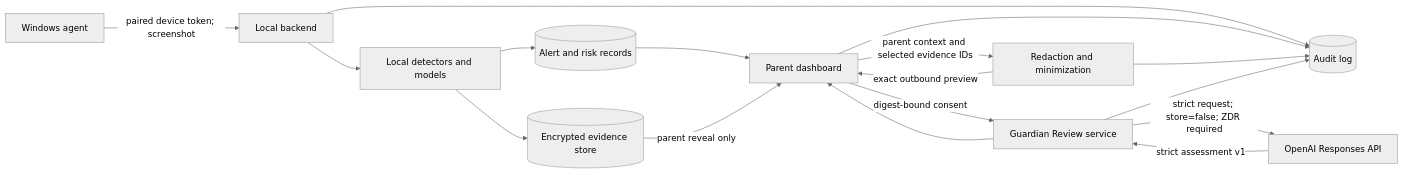
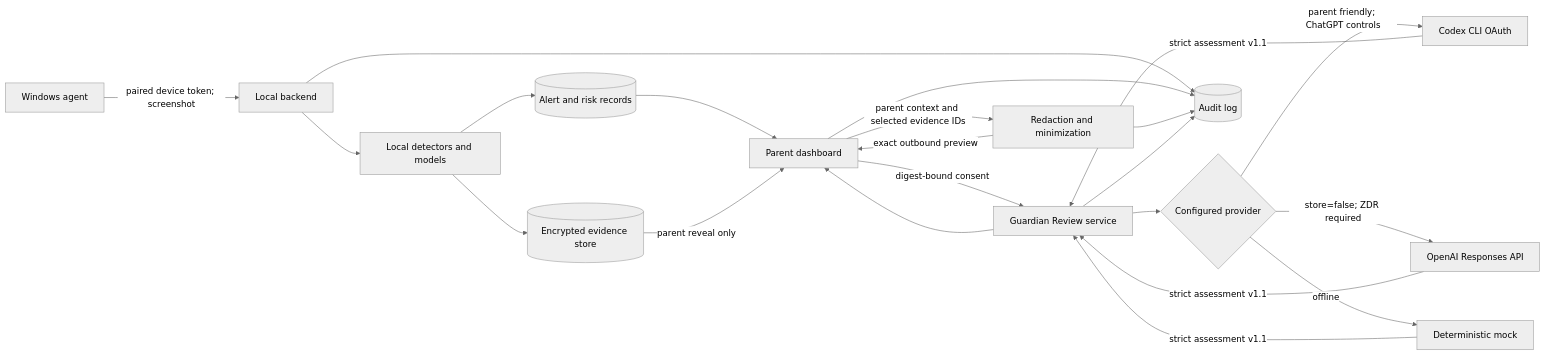
The diagram in docs/build-week/GUARDIAN_REVIEW_SPEC.md (the-vibe-dev/guardiannode), drawn with Mermaid (neutral theme) before and after one commit. The commit also changed other lines of this file and 10 other files, not shown here.

````diff
--- a/docs/build-week/GUARDIAN_REVIEW_SPEC.md
+++ b/docs/build-week/GUARDIAN_REVIEW_SPEC.md
@@ -35,19 +35,24 @@
 ```mermaid
 flowchart LR
     A[Windows agent] -->|paired device token; screenshot| B[Local backend]
     B --> C[Local detectors and models]
     C --> D[(Encrypted evidence store)]
     C --> E[(Alert and risk records)]
     E --> F[Parent dashboard]
     D -->|parent reveal only| F
     F -->|parent context and selected evidence IDs| G[Redaction and minimization]
     G -->|exact outbound preview| F
     F -->|digest-bound consent| H[Guardian Review service]
-    H -->|strict request; store=false; ZDR required| I[OpenAI Responses API]
-    I -->|strict assessment v1| H
+    H --> K{Configured provider}
+    K -->|parent friendly; ChatGPT controls| L[Codex CLI OAuth]
+    K -->|store=false; ZDR required| I[OpenAI Responses API]
+    K -->|offline| M[Deterministic mock]
+    L -->|strict assessment v1.1| H
+    I -->|strict assessment v1.1| H
+    M -->|strict assessment v1.1| H
     H --> F
     B --> J[(Audit log)]
     F --> J
     G --> J
     H --> J
 ```
````
